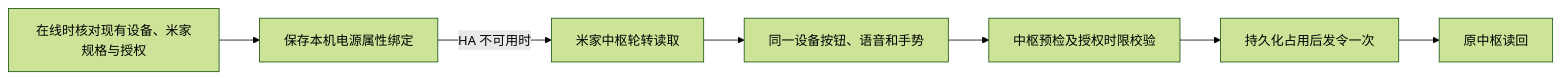
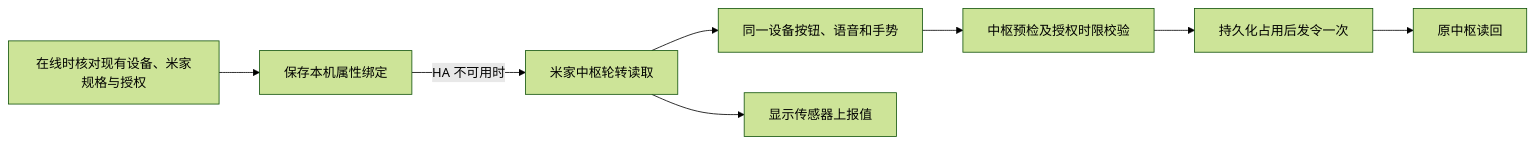
Before and after one commit to Geeprox/Friday: the fifth of 40 diagrams in docs/architecture.md, drawn with Mermaid (forest theme). The commit also changed other lines of this file and 12 other files, not shown here.

````diff
--- a/docs/architecture.md
+++ b/docs/architecture.md
@@ -97,9 +101,10 @@
 ```mermaid
 flowchart LR
-  A[在线时核对现有设备、米家规格与授权] --> B[保存本机电源属性绑定]
+  A[在线时核对现有设备、米家规格与授权] --> B[保存本机属性绑定]
   B -->|HA 不可用时| C[米家中枢轮转读取]
   C --> D[同一设备按钮、语音和手势]
   D --> E[中枢预检及授权时限校验]
   E --> F[持久化占用后发令一次]
   F --> G[原中枢读回]
+  C --> H[显示传感器上报值]
 ```
````
